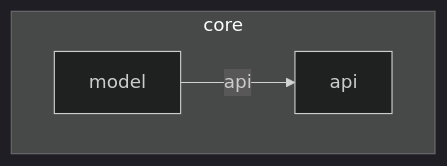
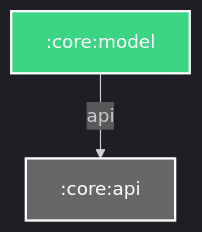
Before and after one commit to Dussim/cv-app: the diagram in core/model/README.md, drawn with Mermaid. The commit also changed 34 other files, not shown here.

````diff
--- a/core/model/README.md
+++ b/core/model/README.md
@@ -3,14 +3,16 @@
 ```mermaid
 %%{
   init: {
     'theme': 'dark'
   }
 }%%
 
 graph TB
-  subgraph core
-    api
-    model
-  end
-  model -- api --> api
+  :core:model -- api --> :core:api
+
+classDef android-library fill:#3BD482,stroke:#fff,stroke-width:2px,color:#fff;
+classDef unknown fill:#676767,stroke:#fff,stroke-width:2px,color:#fff;
+class :core:model android-library
+class :core:api unknown
+
 ```
````
